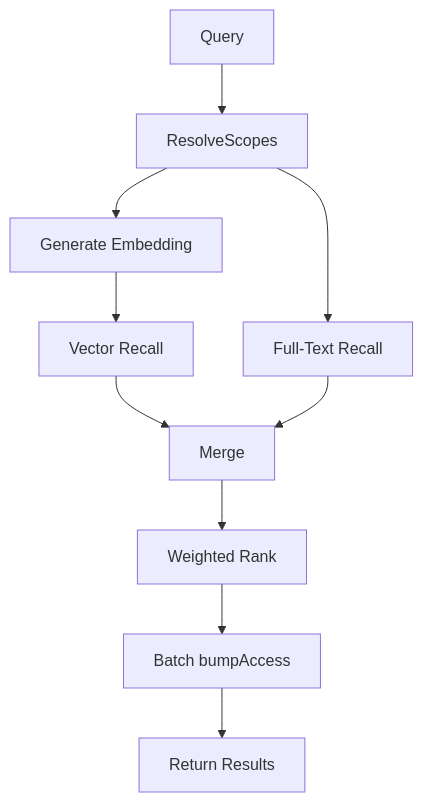
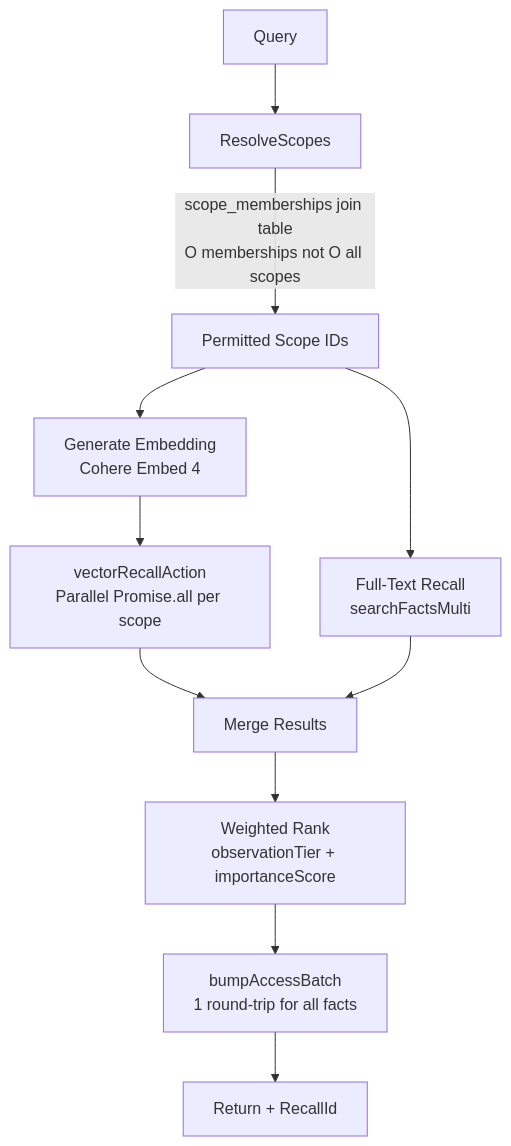
Before and after one commit to RyanLisse/engram: the second of 9 diagrams in docs/diagrams/architecture.md, drawn with Mermaid. The commit also changed other lines of this file and 6 other files, not shown here.

First line of the commit message:
docs: update schema, architecture, diagrams for optimizations

````diff
--- a/docs/diagrams/architecture.md
+++ b/docs/diagrams/architecture.md
@@ -20,12 +20,13 @@
 ```mermaid
 flowchart TD
     Query --> ResolveScopes
-    ResolveScopes --> GenEmbed[Generate Embedding]
-    GenEmbed --> VR[Vector Recall]
-    ResolveScopes --> FT[Full-Text Recall]
-    VR --> Merge
+    ResolveScopes -->|scope_memberships join table\nO memberships not O all scopes| ScopeIds[Permitted Scope IDs]
+    ScopeIds --> GenEmbed[Generate Embedding\nCohere Embed 4]
+    GenEmbed --> VR[vectorRecallAction\nParallel Promise.all per scope]
+    ScopeIds --> FT[Full-Text Recall\nsearchFactsMulti]
+    VR --> Merge[Merge Results]
     FT --> Merge
-    Merge --> Rank[Weighted Rank]
-    Rank --> Bump[Batch bumpAccess]
-    Bump --> Return[Return Results]
+    Merge --> Rank[Weighted Rank\nobservationTier + importanceScore]
+    Rank --> Bump[bumpAccessBatch\n1 round-trip for all facts]
+    Bump --> Return[Return + RecallId]
 ```
````
